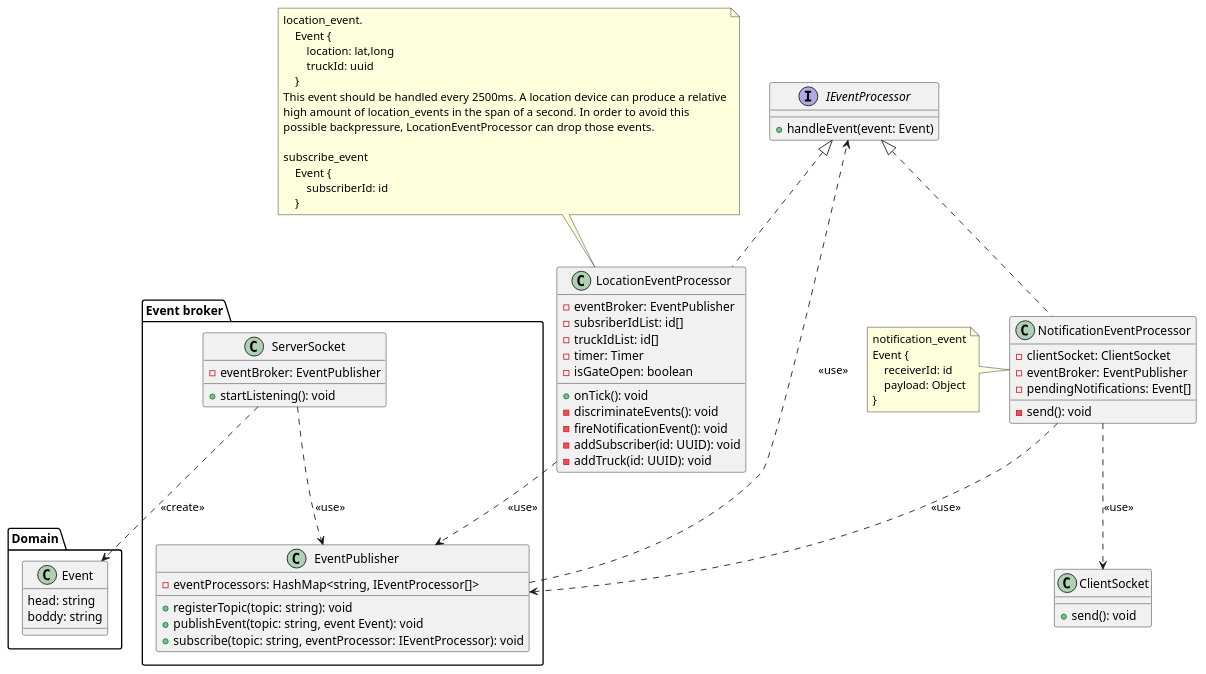
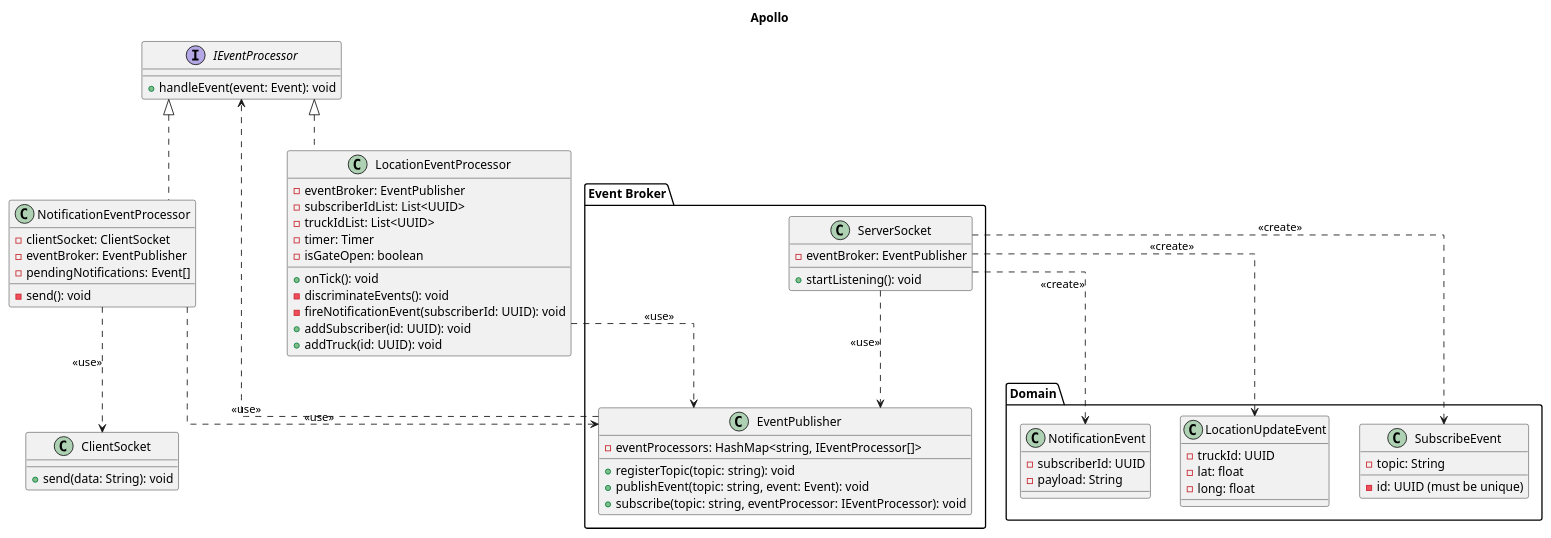
The diagram in system-design/class-diagram/apollo.puml (ronaldo-mendoza-jalafund/Asynchronous), drawn with PlantUML before and after one commit. The commit also changed 1 other file, not shown here.

Commit message:
chore: update system events domain
The events package is a placeholder.

- Add events based on sequence diagram
- Add topics to sequence diagram

```diff
--- a/system-design/class-diagram/apollo.puml
+++ b/system-design/class-diagram/apollo.puml
@@ -1,85 +1,83 @@
 @startuml
+skinparam linetype ortho
+title Apollo
 
 package "Domain" {
-    class Event {
-        head: string
-        boddy: string
+    class SubscribeEvent {
+        - id: UUID (must be unique)
+        - topic: String
+    }
+
+    class LocationUpdateEvent {
+        - truckId: UUID
+        - lat: float
+        - long: float
+    }
+
+    class NotificationEvent {
+        - subscriberId: UUID
+        - payload: String
     }
 }
 
 interface IEventProcessor {
-    + handleEvent(event: Event)
+    + handleEvent(event: Event): void
 }
+
 IEventProcessor <|.. LocationEventProcessor
 IEventProcessor <|.. NotificationEventProcessor
 
-package "Event broker" {
+package "Event Broker" {
     class EventPublisher {
         - eventProcessors: HashMap<string, IEventProcessor[]>
 
         + registerTopic(topic: string): void
-        + publishEvent(topic: string, event Event): void
+        + publishEvent(topic: string, event: Event): void
         + subscribe(topic: string, eventProcessor: IEventProcessor): void
     }
+
     EventPublisher ..> IEventProcessor: <<use>>
 
     class ServerSocket {
         - eventBroker: EventPublisher
         + startListening(): void
     }
+
     ServerSocket ..> EventPublisher: <<use>>
-    ServerSocket ..> Event: <<create>>
+    ServerSocket ..> NotificationEvent: <<create>>
+    ServerSocket ..> LocationUpdateEvent: <<create>>
+    ServerSocket ..> SubscribeEvent: <<create>>
 }
 
-
 class ClientSocket {
-    + send(): void
+    + send(data: String): void
 }
 
 class NotificationEventProcessor {
     - clientSocket: ClientSocket
     - eventBroker: EventPublisher
     - pendingNotifications: Event[]
 
     - send(): void
 }
+
 NotificationEventProcessor ..> ClientSocket: <<use>>
 NotificationEventProcessor ..> EventPublisher: <<use>>
-note left of NotificationEventProcessor
-notification_event
-Event {
-    receiverId: id
-    payload: Object
-}
-end note
 
 class LocationEventProcessor {
     - eventBroker: EventPublisher
-    - subsriberIdList: id[]
-    - truckIdList: id[]
+    - subscriberIdList: List<UUID> 
+    - truckIdList: List<UUID> 
     - timer: Timer
     - isGateOpen: boolean
 
     + onTick(): void
     - discriminateEvents(): void
-    - fireNotificationEvent(): void
-    - addSubscriber(id: UUID): void
-    - addTruck(id: UUID): void
+    - fireNotificationEvent(subscriberId: UUID): void
+    + addSubscriber(id: UUID): void
+    + addTruck(id: UUID): void
 }
+
 LocationEventProcessor ..> EventPublisher: <<use>>
-note top of LocationEventProcessor
-location_event.
-    Event {
-        location: lat,long
-        truckId: uuid
-    }
-This event should be handled every 2500ms. A location device can produce a relative
-high amount of location_events in the span of a second. In order to avoid this
-possible backpressure, LocationEventProcessor can drop those events.
 
-subscribe_event
-    Event {
-        subscriberId: id
-    }
-end note
 @enduml
```
